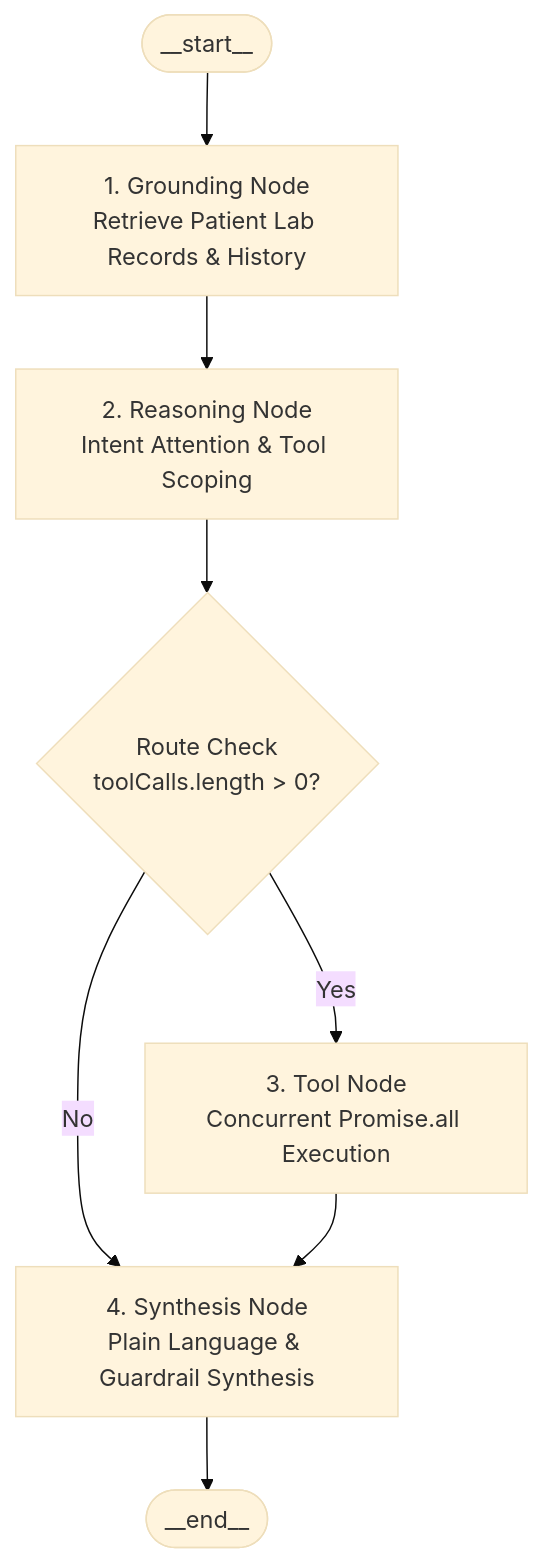
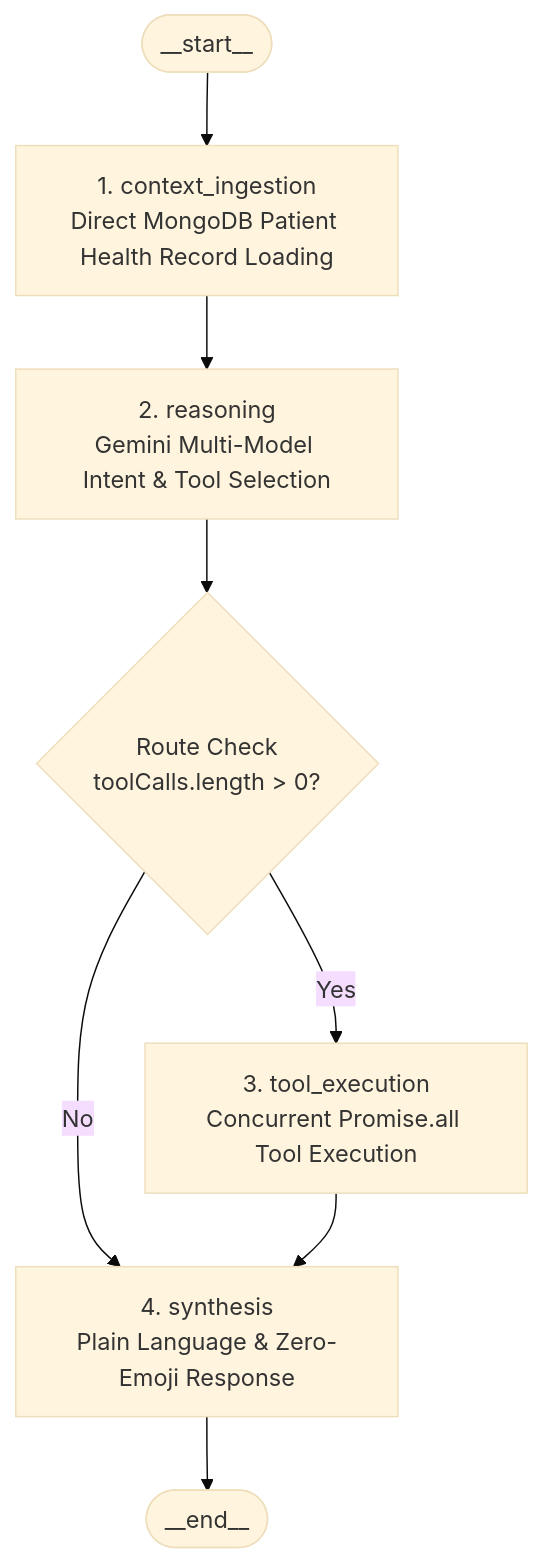
Before and after one commit to saketh169/WBD-Deployment: the diagram in NutriAgent/langgraph.md, drawn with Mermaid (base theme). The commit also changed other lines of this file and 27 other files, not shown here.

````diff
--- a/NutriAgent/langgraph.md
+++ b/NutriAgent/langgraph.md
@@ -58,13 +57,13 @@
 ```mermaid
 flowchart TD
-    START([__start__]) --> GroundingNode[1. Grounding Node<br/>Retrieve Patient Lab Records & History]
-    GroundingNode --> ReasoningNode[2. Reasoning Node<br/>Intent Attention & Tool Scoping]
+    START([__start__]) --> ContextIngestionNode["1. context_ingestion<br/>Direct MongoDB Patient Health Record Loading"]
+    ContextIngestionNode --> ReasoningNode["2. reasoning<br/>Gemini Multi-Model Intent & Tool Selection"]
     
-    ReasoningNode --> ConditionalRouter{Route Check<br/>toolCalls.length > 0?}
+    ReasoningNode --> ConditionalRouter{"Route Check<br/>toolCalls.length > 0?"}
     
-    ConditionalRouter -->|Yes| ToolNode[3. Tool Node<br/>Concurrent Promise.all Execution]
-    ConditionalRouter -->|No| SynthesisNode[4. Synthesis Node<br/>Plain Language & Guardrail Synthesis]
+    ConditionalRouter -->|Yes| ToolNode["3. tool_execution<br/>Concurrent Promise.all Tool Execution"]
+    ConditionalRouter -->|No| SynthesisNode["4. synthesis<br/>Plain Language & Zero-Emoji Response"]
     
     ToolNode --> SynthesisNode
     SynthesisNode --> END([__end__])
 ```
````
